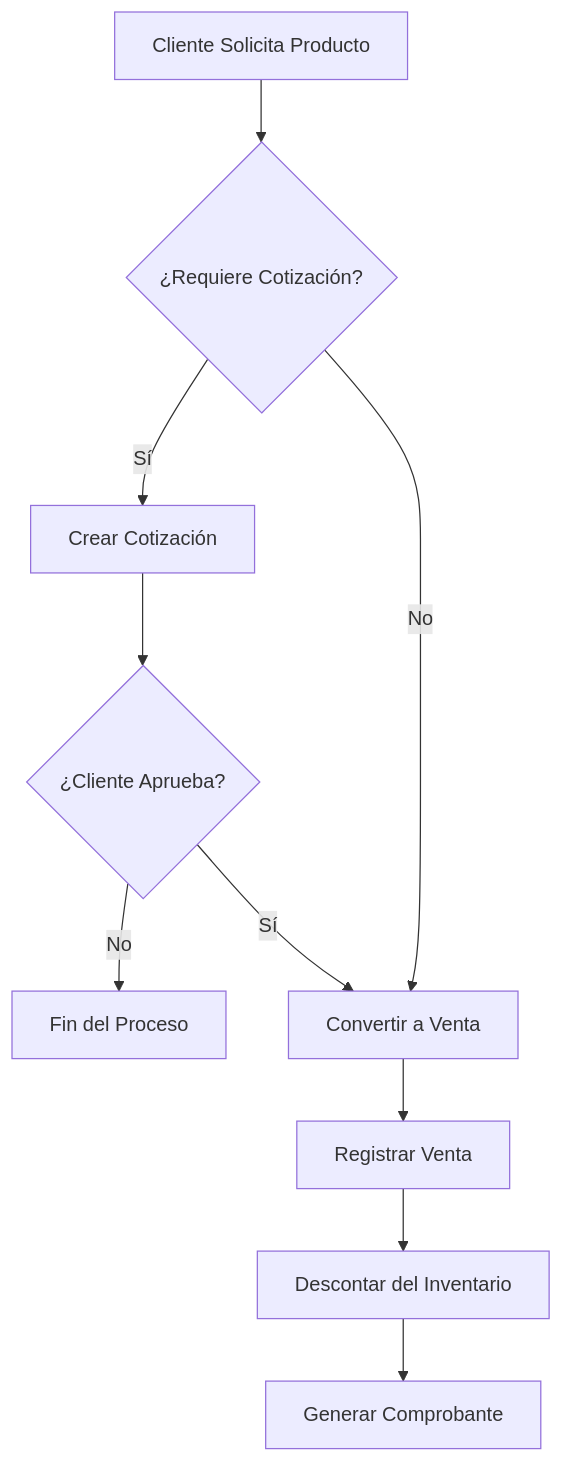
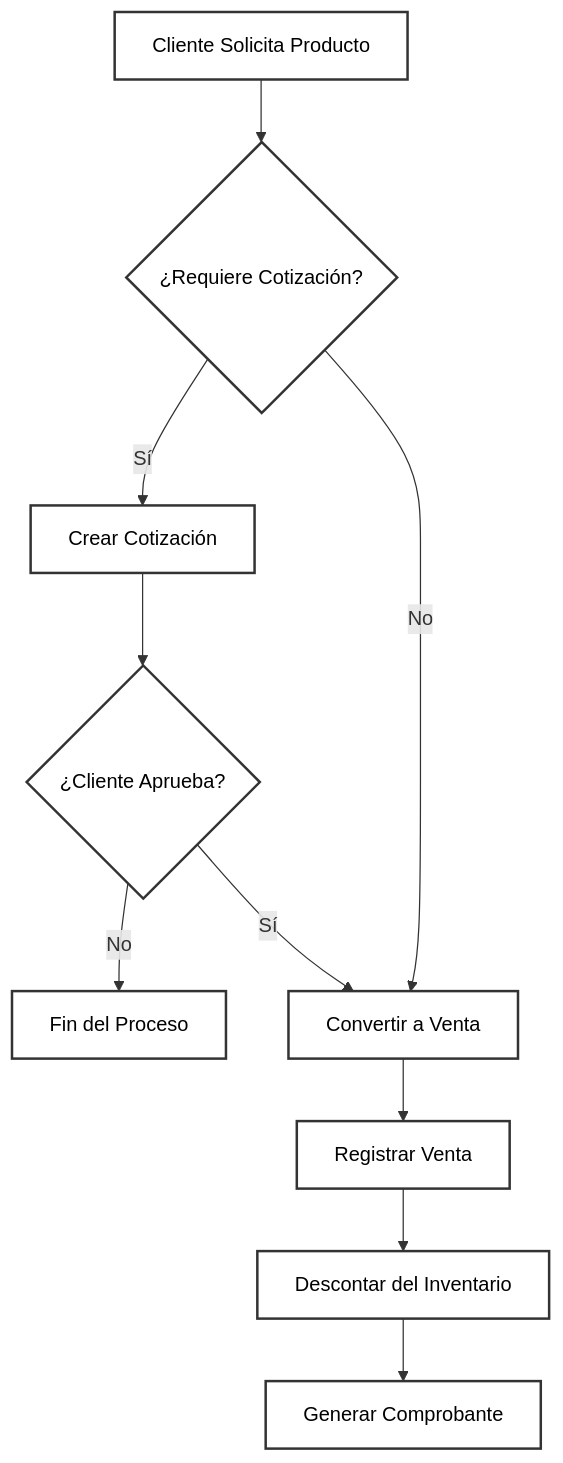
Before and after one commit to SteepCraft/melkar: the fourth of 5 diagrams in README.md, drawn with Mermaid. The commit also changed other lines of this file, not shown here.

Commit message:
Enhance Mermaid diagrams with additional styling and structure for better clarity

````diff
--- a/README.md
+++ b/README.md
@@ -135,12 +155,16 @@
 ```mermaid
 graph TD
+    classDef default fill:#fff,stroke:#333,stroke-width:2px,color:#000;
+    
     A[Cliente Solicita Producto] --> B{¿Requiere Cotización?}
     B -- Sí --> C[Crear Cotización]
     C --> D{¿Cliente Aprueba?}
     D -- No --> E[Fin del Proceso]
     D -- Sí --> F[Convertir a Venta]
     B -- No --> F
     F --> G[Registrar Venta]
     G --> H[Descontar del Inventario]
     H --> I[Generar Comprobante]
+    
+    class A,B,C,D,E,F,G,H,I default;
 ```
````
